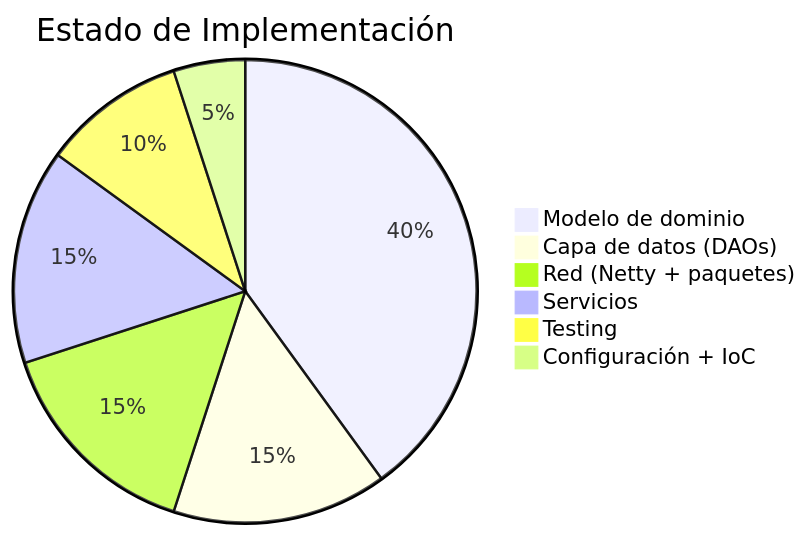
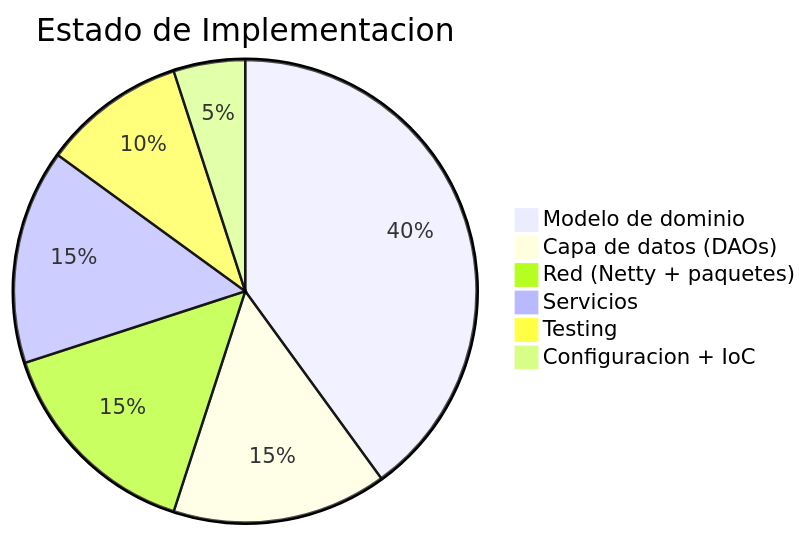
Before and after one commit to rusocode/ao-server: the fifth of 5 diagrams in server-architecture.md, drawn with Mermaid. The commit also changed other lines of this file and 17 other files, not shown here.

````diff
--- a/server-architecture.md
+++ b/server-architecture.md
@@ -423,9 +423,9 @@
 ```mermaid
-pie title Estado de Implementación
+pie title Estado de Implementacion
     "Modelo de dominio" : 40
     "Capa de datos (DAOs)" : 15
     "Red (Netty + paquetes)" : 15
     "Servicios" : 15
     "Testing" : 10
-    "Configuración + IoC" : 5
+    "Configuracion + IoC" : 5
 ```
````
